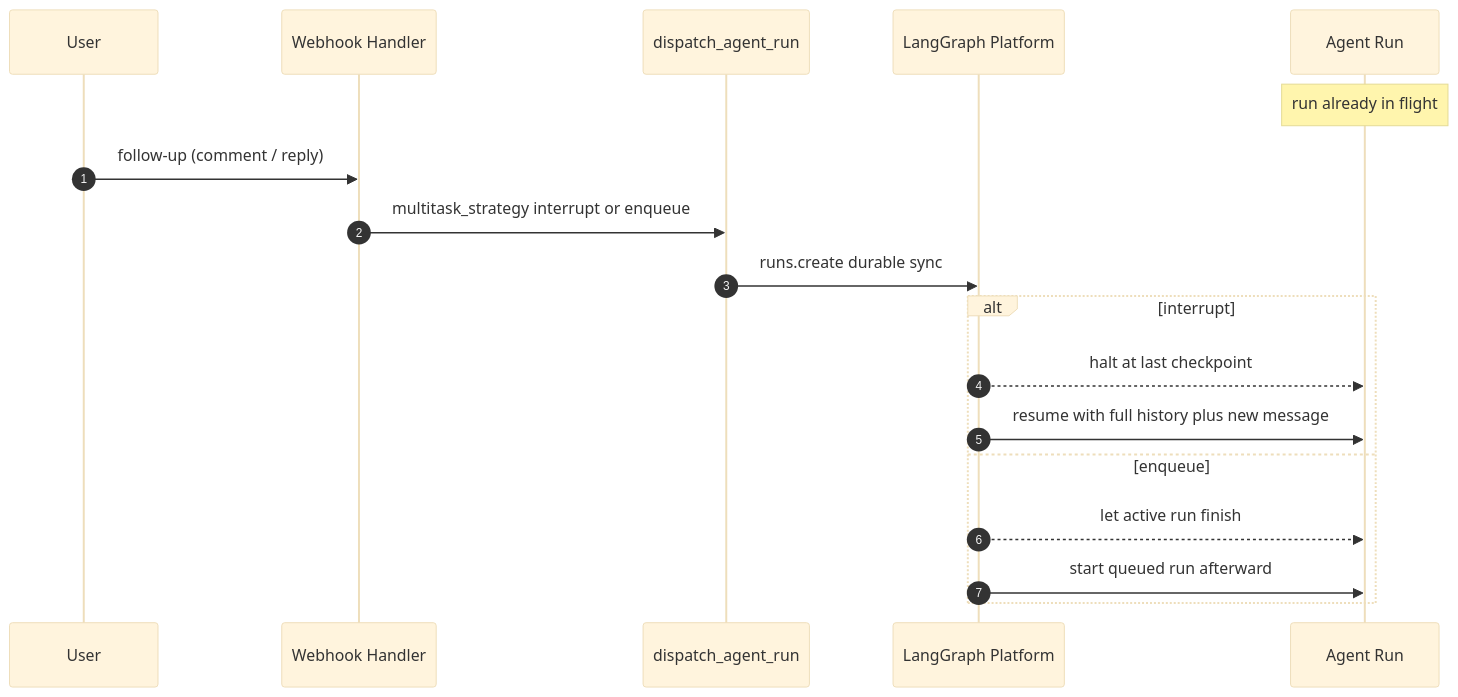
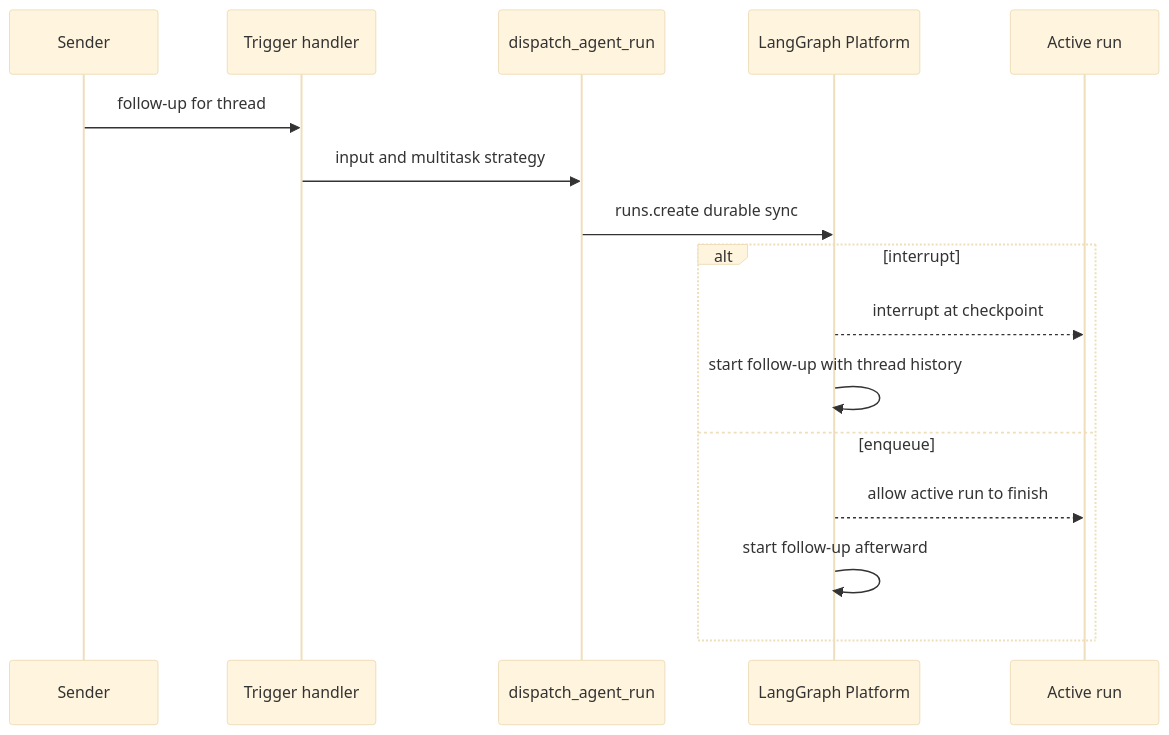
One commit to langchain-ai/open-swe changed the first of 2 diagrams in openwiki/workflows/follow-up-messages.md. Above: the diagram before and after it, drawn with Mermaid (base theme). The commit also changed other lines of this file and 52 other files, not shown here.

````diff
--- a/openwiki/workflows/follow-up-messages.md
+++ b/openwiki/workflows/follow-up-messages.md
@@ -77,21 +66,19 @@
 ```mermaid
 sequenceDiagram
-    autonumber
-    participant User
-    participant Webhook as Webhook Handler
+    participant Sender
+    participant Trigger as Trigger handler
     participant Dispatch as dispatch_agent_run
     participant Platform as LangGraph Platform
-    participant Agent as Agent Run
+    participant Active as Active run
 
-    Note over Agent: run already in flight
-    User->>Webhook: follow-up (comment / reply)
-    Webhook->>Dispatch: multitask_strategy interrupt or enqueue
+    Sender->>Trigger: follow-up for thread
+    Trigger->>Dispatch: input and multitask strategy
     Dispatch->>Platform: runs.create durable sync
     alt interrupt
-        Platform-->>Agent: halt at last checkpoint
-        Platform->>Agent: resume with full history plus new message
+        Platform-->>Active: interrupt at checkpoint
+        Platform->>Platform: start follow-up with thread history
     else enqueue
-        Platform-->>Agent: let active run finish
-        Platform->>Agent: start queued run afterward
+        Platform-->>Active: allow active run to finish
+        Platform->>Platform: start follow-up afterward
     end
 ```
````
